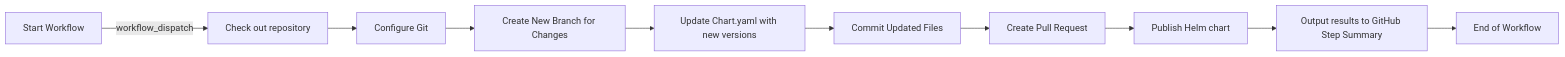
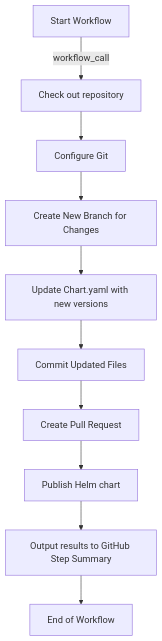
Before and after one commit to CloudBoltSoftware/cloudbolt-collector-helm: the diagram in README.md, drawn with Mermaid.

Commit message:
📝 docs(README.md): update mermaid diagram to reflect new workflow The mermaid diagram in the README.md file has been updated to reflect the new workflow. The direction of the graph has been changed from LR (Left to Right) to TB (Top to Bottom) for better readability. The 'workflow_dispatch' event has been replaced with 'workflow_call' to accurately represent the current workflow. This change helps in better understanding of the release pipeline.

````diff
--- a/README.md
+++ b/README.md
@@ -73,12 +73,12 @@
 ```mermaid
-graph LR
-    A[Start Workflow] -->|workflow_dispatch| B[Check out repository]
+graph TB
+    A[Start Workflow] -->|workflow_call| B[Check out repository]
     B --> C[Configure Git]
     C --> D[Create New Branch for Changes]
     D --> E[Update Chart.yaml with new versions]
     E --> F[Commit Updated Files]
     F --> G[Create Pull Request]
     G --> H[Publish Helm chart]
     H --> I[Output results to GitHub Step Summary]
     I --> J[End of Workflow]
 ```
````
